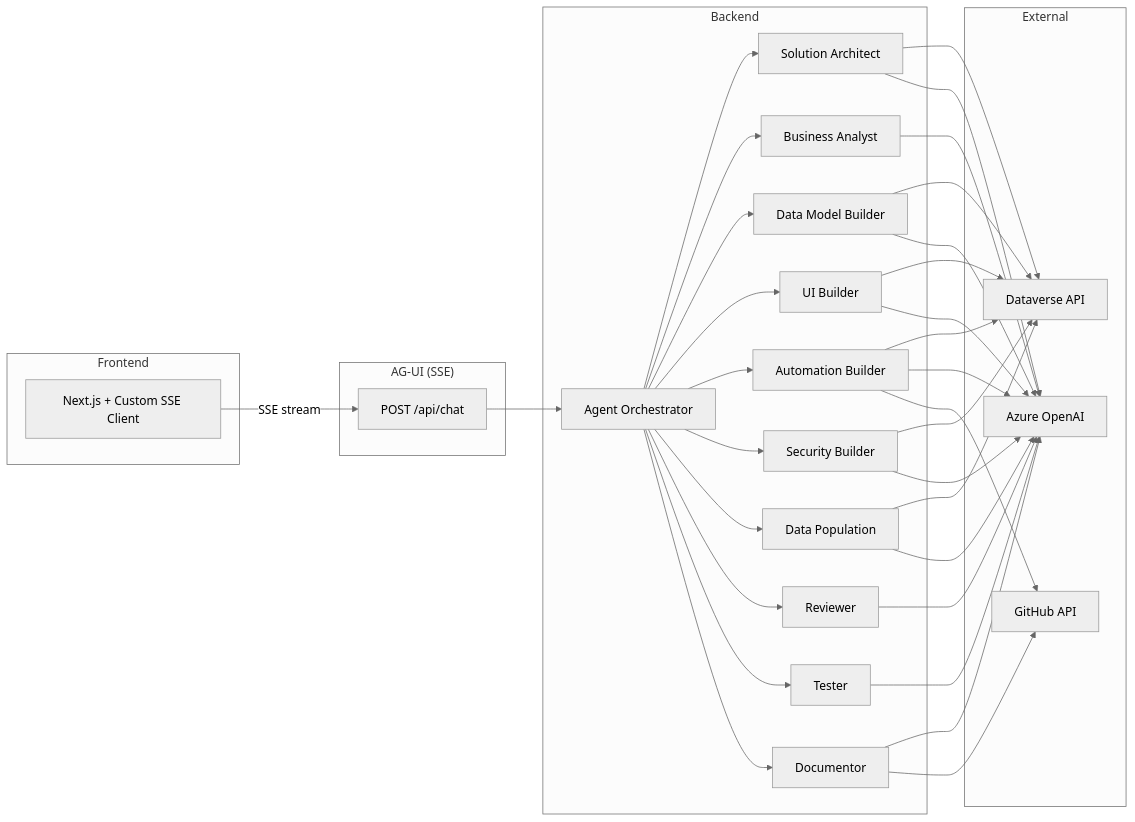
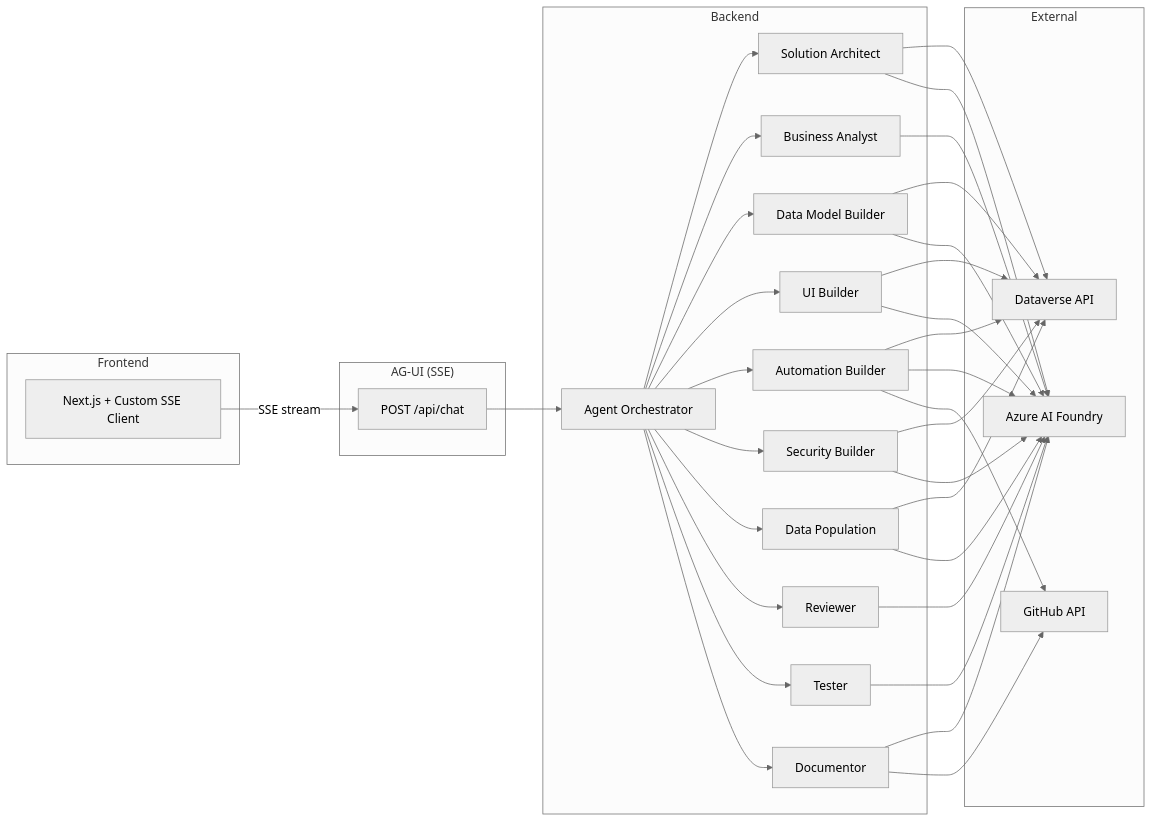
Before and after one commit to allandecastro/dataverse-ai-forge: the diagram in README.md, drawn with Mermaid (neutral theme). The commit also changed other lines of this file and 17 other files, not shown here.

First line of the commit message:
feat: migrate to Azure AI Foundry with per-agent model support

````diff
--- a/README.md
+++ b/README.md
@@ -5,37 +5,37 @@
 ```mermaid
 graph LR
     subgraph Frontend
         UI[Next.js + Custom SSE Client]
     end
 
     subgraph "AG-UI (SSE)"
         SSE[POST /api/chat]
     end
 
     subgraph Backend
         Orch[Agent Orchestrator]
         SA[Solution Architect]
         BA[Business Analyst]
         DMB[Data Model Builder]
         UIB[UI Builder]
         AB[Automation Builder]
         SB[Security Builder]
         DP[Data Population]
         Rev[Reviewer]
         Test[Tester]
         Doc[Documentor]
     end
 
     subgraph External
-        AOI[Azure OpenAI]
+        AOI[Azure AI Foundry]
         DV[Dataverse API]
         GH[GitHub API]
     end
 
     UI -- SSE stream --> SSE
     SSE --> Orch
     Orch --> SA & BA & DMB & UIB & AB & SB & DP & Rev & Test & Doc
     SA & DMB & UIB & AB & SB & DP --> DV
     SA & DMB & UIB & AB & SB & DP & BA & Rev & Test & Doc --> AOI
     AB & Doc --> GH
 ```
````
